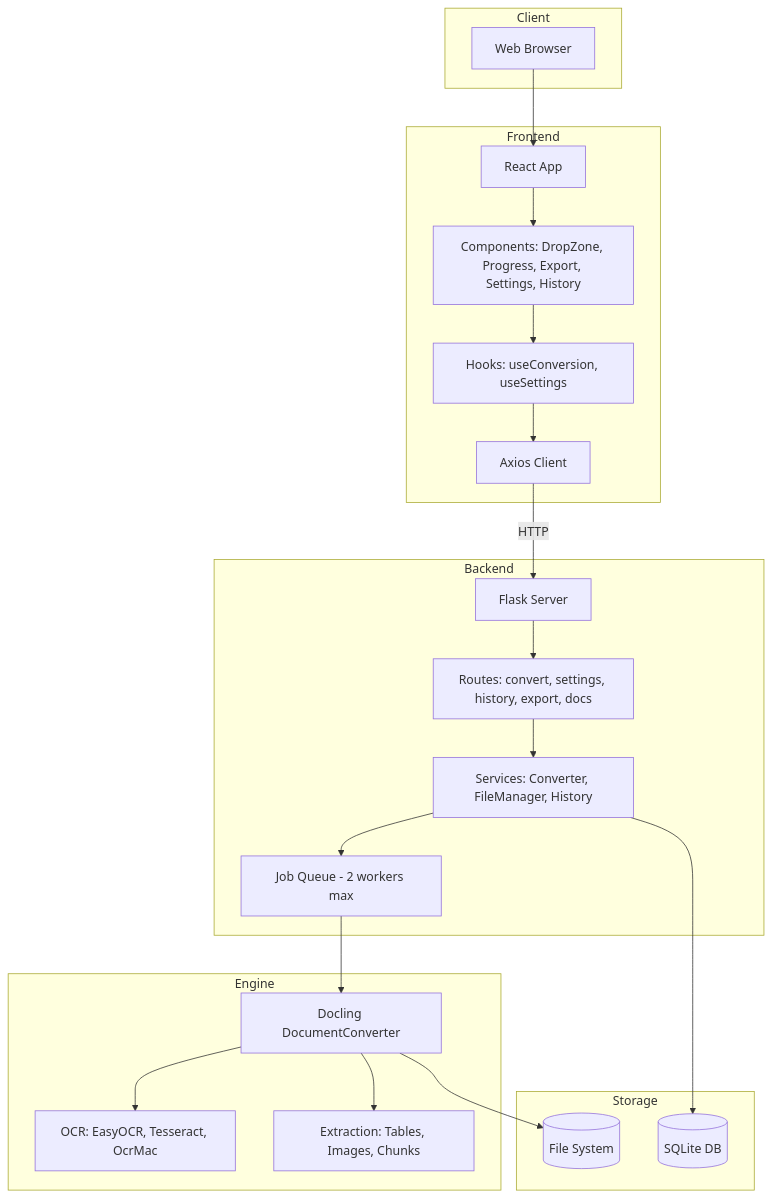
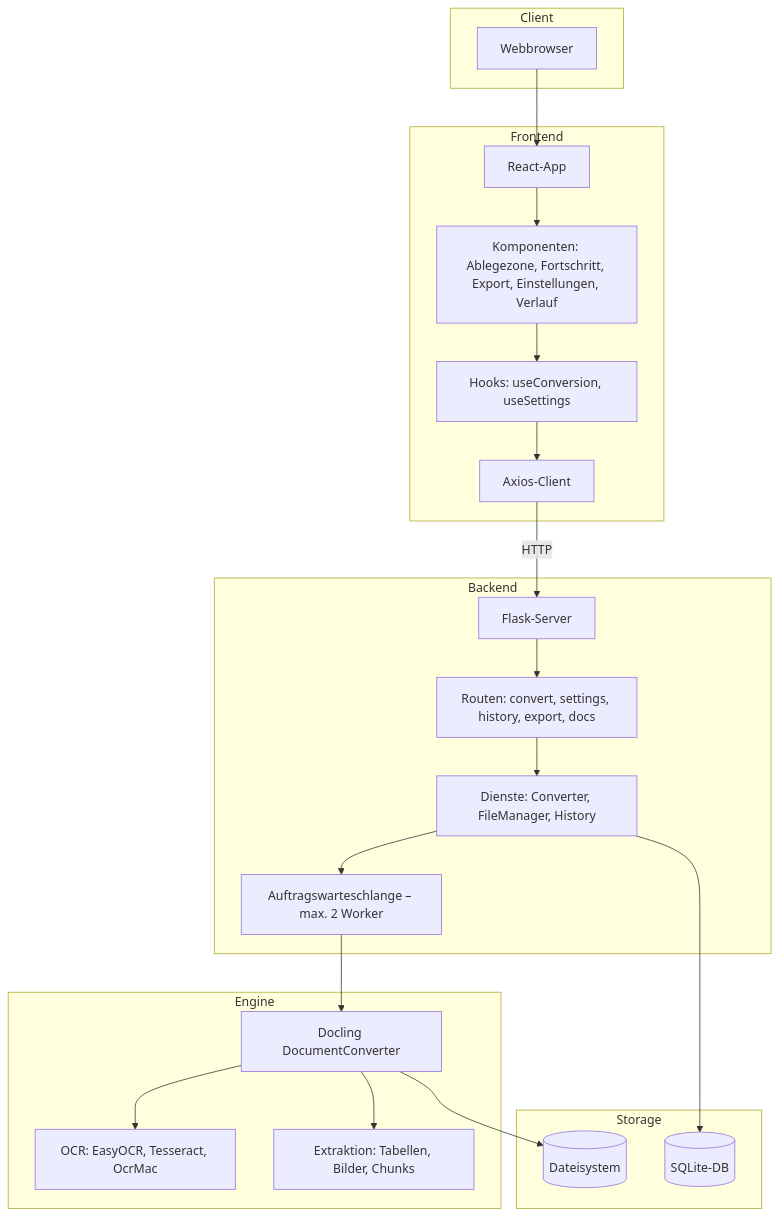
The third of 8 diagrams in docs/de/architecture/diagrams.md (duckling-ui/duckling), drawn with Mermaid before and after one commit. The commit also changed other lines of this file and 133 other files, not shown here.

````diff
--- a/docs/de/architecture/diagrams.md
+++ b/docs/de/architecture/diagrams.md
@@ -50,45 +50,45 @@
 ```mermaid
 graph TB
     subgraph Client
-        Browser[Web Browser]
+        Browser[Webbrowser]
     end
 
     subgraph Frontend
-        React[React App]
-        Components[Components: DropZone, Progress, Export, Settings, History]
+        React[React-App]
+        Components[Komponenten: Ablegezone, Fortschritt, Export, Einstellungen, Verlauf]
         Hooks[Hooks: useConversion, useSettings]
-        APIClient[Axios Client]
+        APIClient[Axios-Client]
     end
 
     subgraph Backend
-        Flask[Flask Server]
-        Routes[Routes: convert, settings, history, export, docs]
-        Services[Services: Converter, FileManager, History]
-        JobQueue[Job Queue - 2 workers max]
+        Flask[Flask-Server]
+        Routes[Routen: convert, settings, history, export, docs]
+        Services[Dienste: Converter, FileManager, History]
+        JobQueue[Auftragswarteschlange – max. 2 Worker]
     end
 
     subgraph Engine
         Docling[Docling DocumentConverter]
         OCR[OCR: EasyOCR, Tesseract, OcrMac]
-        Extract[Extraction: Tables, Images, Chunks]
+        Extract[Extraktion: Tabellen, Bilder, Chunks]
     end
 
     subgraph Storage
-        SQLite[(SQLite DB)]
-        FileSystem[(File System)]
+        SQLite[(SQLite-DB)]
+        FileSystem[(Dateisystem)]
     end
 
     Browser --> React
     React --> Components
     Components --> Hooks
     Hooks --> APIClient
     APIClient -->|HTTP| Flask
     Flask --> Routes
     Routes --> Services
     Services --> JobQueue
     JobQueue --> Docling
     Docling --> OCR
     Docling --> Extract
     Services --> SQLite
     Docling --> FileSystem
 ```
````
